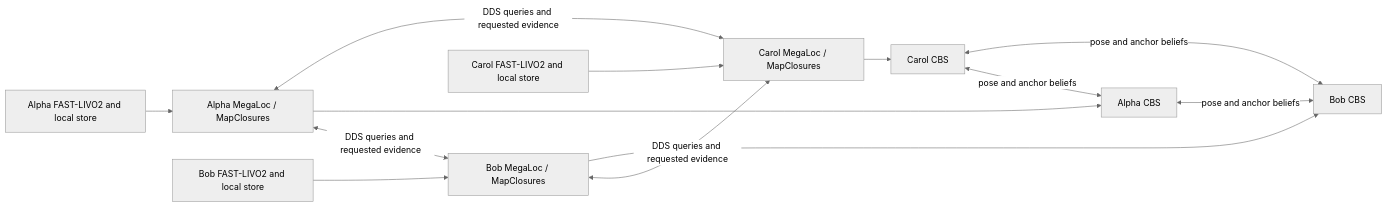
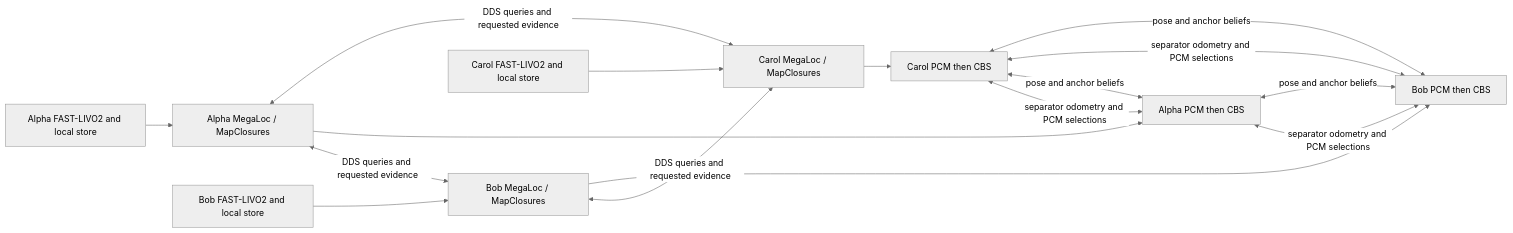
One commit to mikexyl/FAST-LIVO2-ROS2 changed the diagram in research/DPGO.md. Above: the diagram before and after it, drawn with Mermaid (neutral theme). The commit also changed other lines of this file and 350 other files, not shown here.

````diff
--- a/research/DPGO.md
+++ b/research/DPGO.md
@@ -10,15 +10,18 @@
 ```mermaid
 flowchart LR
   A[Alpha FAST-LIVO2 and local store] --> AF[Alpha MegaLoc / MapClosures]
   B[Bob FAST-LIVO2 and local store] --> BF[Bob MegaLoc / MapClosures]
   C[Carol FAST-LIVO2 and local store] --> CF[Carol MegaLoc / MapClosures]
   AF <-->|DDS queries and requested evidence| BF
   BF <-->|DDS queries and requested evidence| CF
   CF <-->|DDS queries and requested evidence| AF
-  AF --> AP[Alpha CBS]
-  BF --> BP[Bob CBS]
-  CF --> CP[Carol CBS]
+  AF --> AP[Alpha PCM then CBS]
+  BF --> BP[Bob PCM then CBS]
+  CF --> CP[Carol PCM then CBS]
+  AP <-->|separator odometry and PCM selections| BP
+  BP <-->|separator odometry and PCM selections| CP
+  CP <-->|separator odometry and PCM selections| AP
   AP <-->|pose and anchor beliefs| BP
   BP <-->|pose and anchor beliefs| CP
   CP <-->|pose and anchor beliefs| AP
 ```
````
